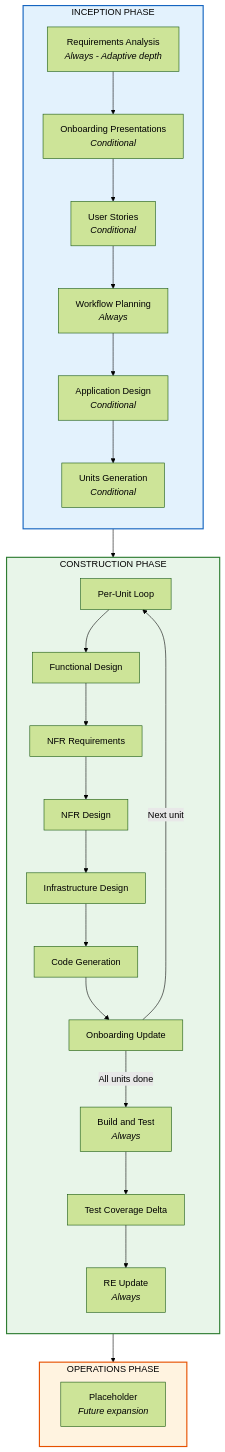
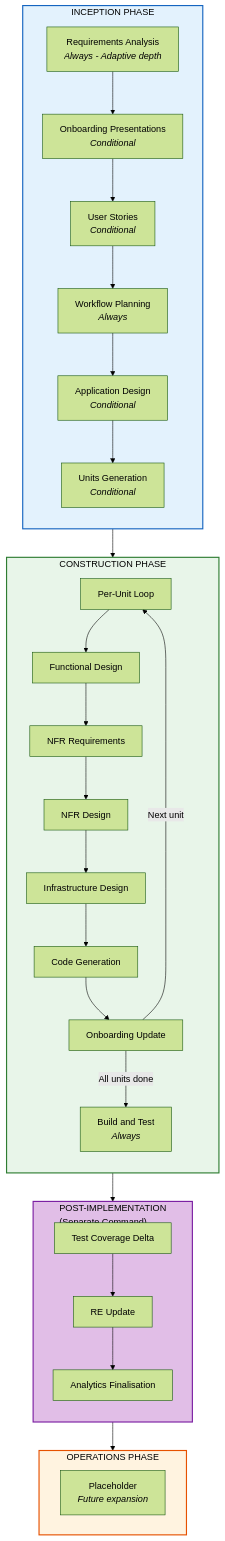
Before and after one commit to premkumarjanagarajan/fluid-flow-ai: the third of 3 diagrams in docs/WORKFLOWS.md, drawn with Mermaid (forest theme). The commit also changed other lines of this file and 7 other files, not shown here.

First line of the commit message:
Add JIRA ticket prompt, feature analytics, and separate doc update command

````diff
--- a/docs/WORKFLOWS.md
+++ b/docs/WORKFLOWS.md
@@ -209,40 +222,47 @@
 ```mermaid
 flowchart TB
     subgraph INCEPTION["INCEPTION PHASE"]
         direction TB
         I1["Requirements Analysis<br/><i>Always - Adaptive depth</i>"]
         I2["Onboarding Presentations<br/><i>Conditional</i>"]
         I3["User Stories<br/><i>Conditional</i>"]
         I4["Workflow Planning<br/><i>Always</i>"]
         I5["Application Design<br/><i>Conditional</i>"]
         I6["Units Generation<br/><i>Conditional</i>"]
         I1 --> I2 --> I3 --> I4 --> I5 --> I6
     end
 
     subgraph CONSTRUCTION["CONSTRUCTION PHASE"]
         direction TB
         C0["Per-Unit Loop"]
         C1["Functional Design"]
         C2["NFR Requirements"]
         C3["NFR Design"]
         C4["Infrastructure Design"]
         C5["Code Generation"]
         C6["Onboarding Update"]
         C7["Build and Test<br/><i>Always</i>"]
-        C8["Test Coverage Delta"]
-        C9["RE Update<br/><i>Always</i>"]
         C0 --> C1 --> C2 --> C3 --> C4 --> C5 --> C6
         C6 -->|"Next unit"| C0
-        C6 -->|"All units done"| C7 --> C8 --> C9
+        C6 -->|"All units done"| C7
+    end
+
+    subgraph POSTIMPL["POST-IMPLEMENTATION<br/>(Separate Command)"]
+        direction TB
+        P1["Test Coverage Delta"]
+        P2["RE Update"]
+        P3["Analytics Finalisation"]
+        P1 --> P2 --> P3
     end
 
     subgraph OPERATIONS["OPERATIONS PHASE"]
         O1["Placeholder<br/><i>Future expansion</i>"]
     end
 
-    INCEPTION --> CONSTRUCTION --> OPERATIONS
+    INCEPTION --> CONSTRUCTION --> POSTIMPL --> OPERATIONS
 
     style INCEPTION fill:#E3F2FD,stroke:#1565C0,stroke-width:2px,color:#000
     style CONSTRUCTION fill:#E8F5E9,stroke:#2E7D32,stroke-width:2px,color:#000
+    style POSTIMPL fill:#E1BEE7,stroke:#7B1FA2,stroke-width:2px,color:#000
     style OPERATIONS fill:#FFF3E0,stroke:#E65100,stroke-width:2px,color:#000
 ```
````
